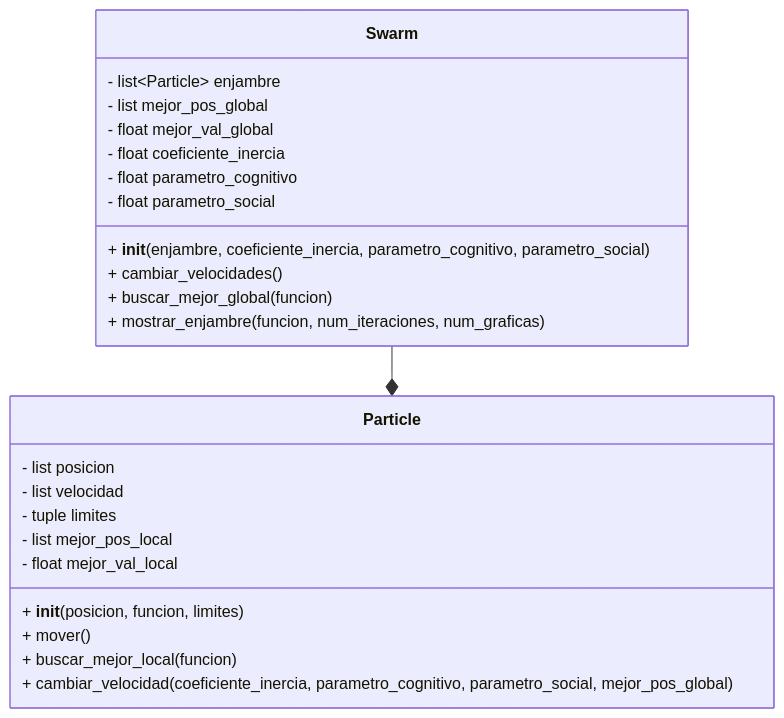
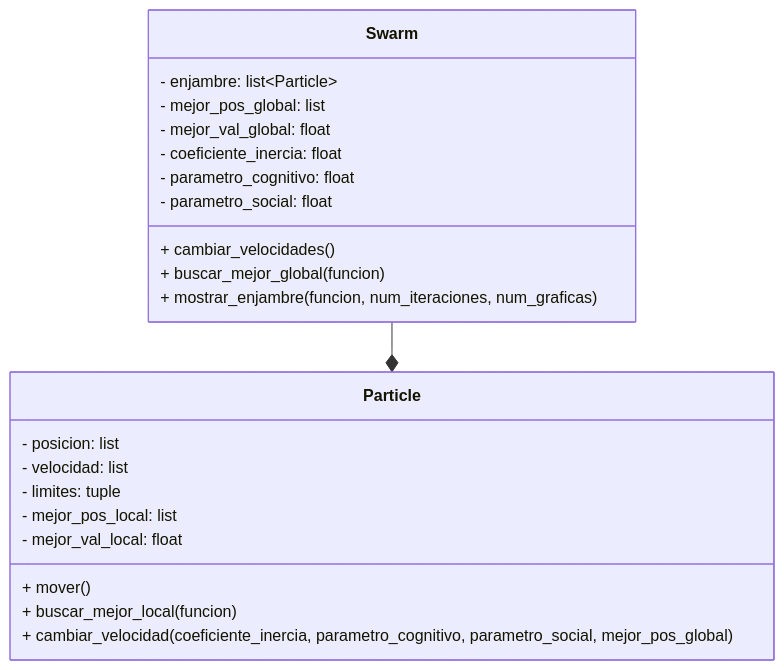
One commit to SebastianCespedes12/Proyecto_POO changed the diagram in README.md. Above: the diagram before and after it, drawn with Mermaid.

````diff
--- a/README.md
+++ b/README.md
@@ -6,27 +6,27 @@
 ```mermaid
 classDiagram
     class Swarm {
-        - list~Particle~ enjambre
-        - list mejor_pos_global
-        - float mejor_val_global
-        - float coeficiente_inercia
-        - float parametro_cognitivo
-        - float parametro_social
-        + __init__(enjambre, coeficiente_inercia, parametro_cognitivo, parametro_social)
+        - enjambre: list~Particle~
+        - mejor_pos_global: list
+        - mejor_val_global: float
+        - coeficiente_inercia: float
+        - parametro_cognitivo: float
+        - parametro_social: float
         + cambiar_velocidades()
         + buscar_mejor_global(funcion)
         + mostrar_enjambre(funcion, num_iteraciones, num_graficas)
     }
+    
     class Particle {
-        - list posicion
-        - list velocidad
-        - tuple limites
-        - list mejor_pos_local
-        - float mejor_val_local
-        + __init__(posicion, funcion, limites)
+        - posicion: list
+        - velocidad: list
+        - limites: tuple
+        - mejor_pos_local: list
+        - mejor_val_local: float
         + mover()
         + buscar_mejor_local(funcion)
         + cambiar_velocidad(coeficiente_inercia, parametro_cognitivo, parametro_social, mejor_pos_global)
     }
+    
     Swarm --* Particle
 ```
````
